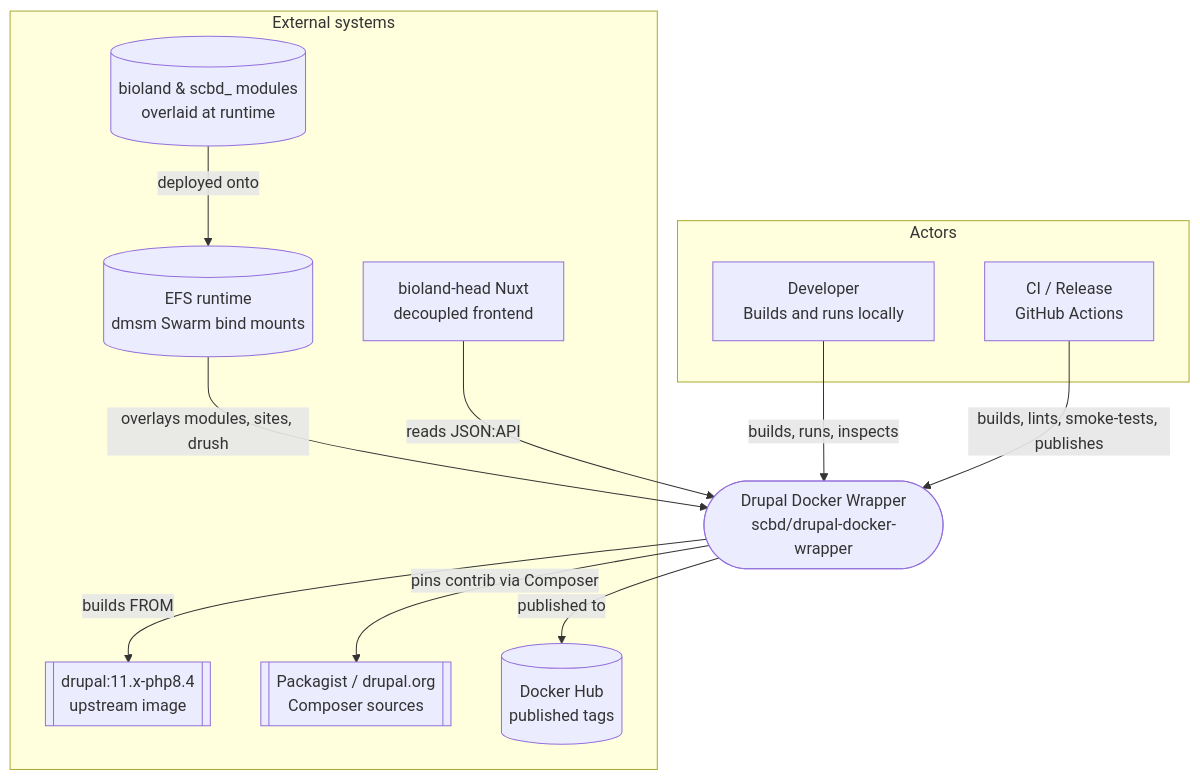
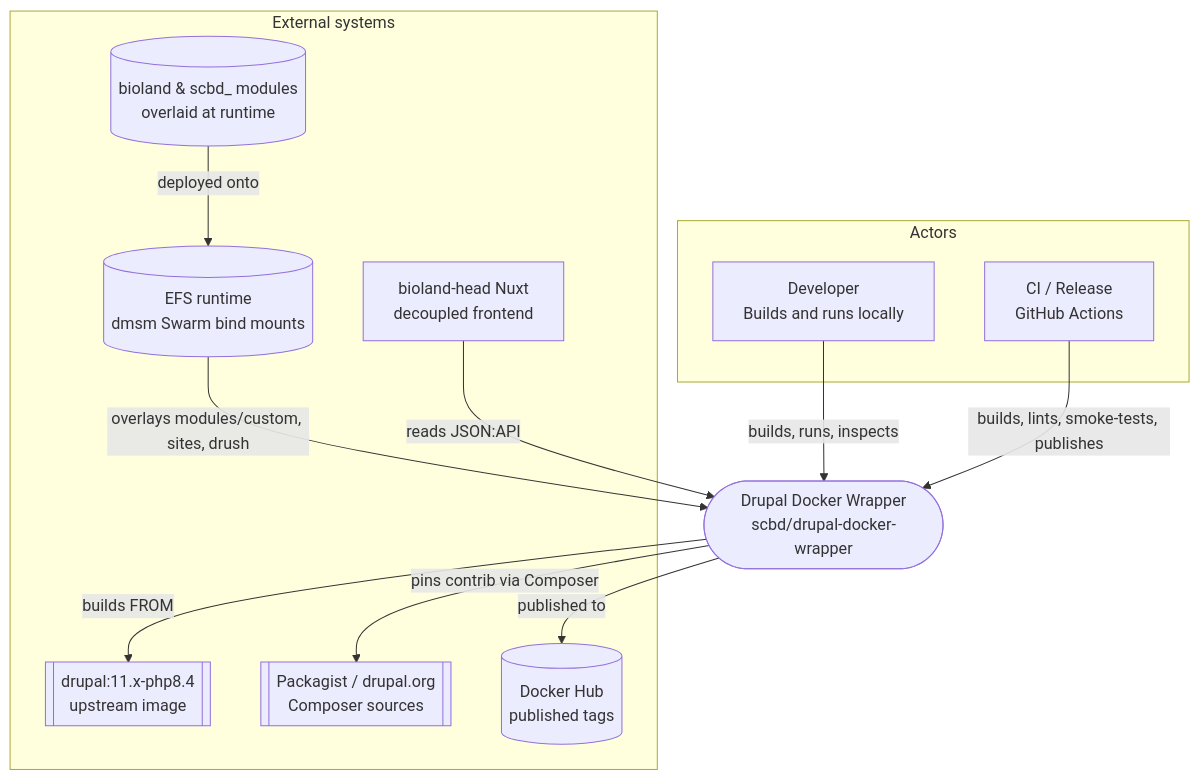
The first of 9 diagrams in docs/architectural-plan.md (scbd/drupal-docker-wrapper), drawn with Mermaid before and after one commit. The commit also changed other lines of this file and 11 other files, not shown here.

````diff
--- a/docs/architectural-plan.md
+++ b/docs/architectural-plan.md
@@ -86,26 +82,26 @@
 ```mermaid
 flowchart TB
   subgraph actors [Actors]
     dev[Developer<br/>Builds and runs locally]
     ci[CI / Release<br/>GitHub Actions]
   end
   subgraph external [External systems]
     upstream[[drupal:11.x-php8.4<br/>upstream image]]
     packagist[[Packagist / drupal.org<br/>Composer sources]]
     registry[(Docker Hub<br/>published tags)]
     efs[(EFS runtime<br/>dmsm Swarm bind mounts)]
     custom[(bioland & scbd_ modules<br/>overlaid at runtime)]
     head[bioland-head Nuxt<br/>decoupled frontend]
   end
 
   wrapper([Drupal Docker Wrapper<br/>scbd/drupal-docker-wrapper])
 
   dev -->|builds, runs, inspects| wrapper
   ci -->|builds, lints, smoke-tests, publishes| wrapper
   wrapper -->|builds FROM| upstream
   wrapper -->|pins contrib via Composer| packagist
   wrapper -->|published to| registry
-  efs -->|overlays modules, sites, drush| wrapper
+  efs -->|overlays modules/custom, sites, drush| wrapper
   custom -->|deployed onto| efs
   head -->|reads JSON:API| wrapper
 ```
````
